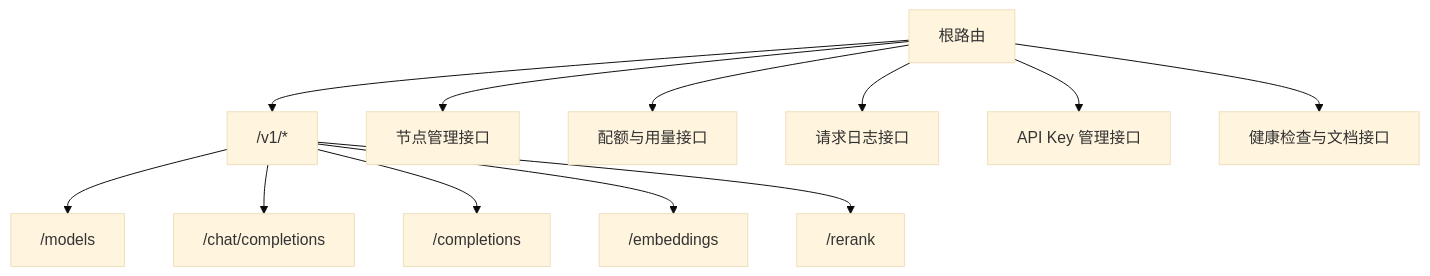
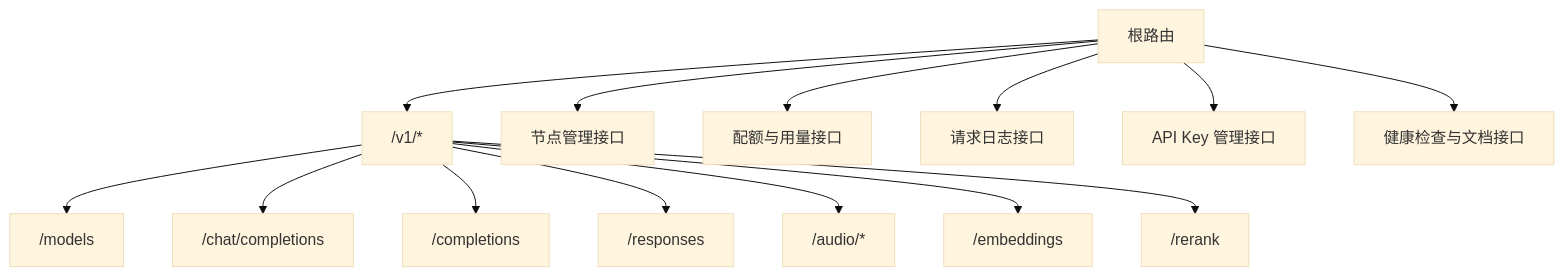
The fourth of 5 diagrams in docs/wiki/content/快速开始.md (snz1dp/apiproxy), drawn with Mermaid (base theme) before and after one commit. The commit also changed other lines of this file and 18 other files, not shown here.

````diff
--- a/docs/wiki/content/快速开始.md
+++ b/docs/wiki/content/快速开始.md
@@ -146,14 +146,16 @@
 ```mermaid
 graph TB
 Root["根路由"] --> V1["/v1/*"]
 Root --> Nodes["节点管理接口"]
 Root --> Quotas["配额与用量接口"]
 Root --> Logs["请求日志接口"]
 Root --> ApiKeys["API Key 管理接口"]
 Root --> Health["健康检查与文档接口"]
 V1 --> Models["/models"]
 V1 --> Chat["/chat/completions"]
 V1 --> Text["/completions"]
+V1 --> Responses["/responses"]
+V1 --> Audio["/audio/*"]
 V1 --> Embed["/embeddings"]
 V1 --> Rerank["/rerank"]
 ```
````
